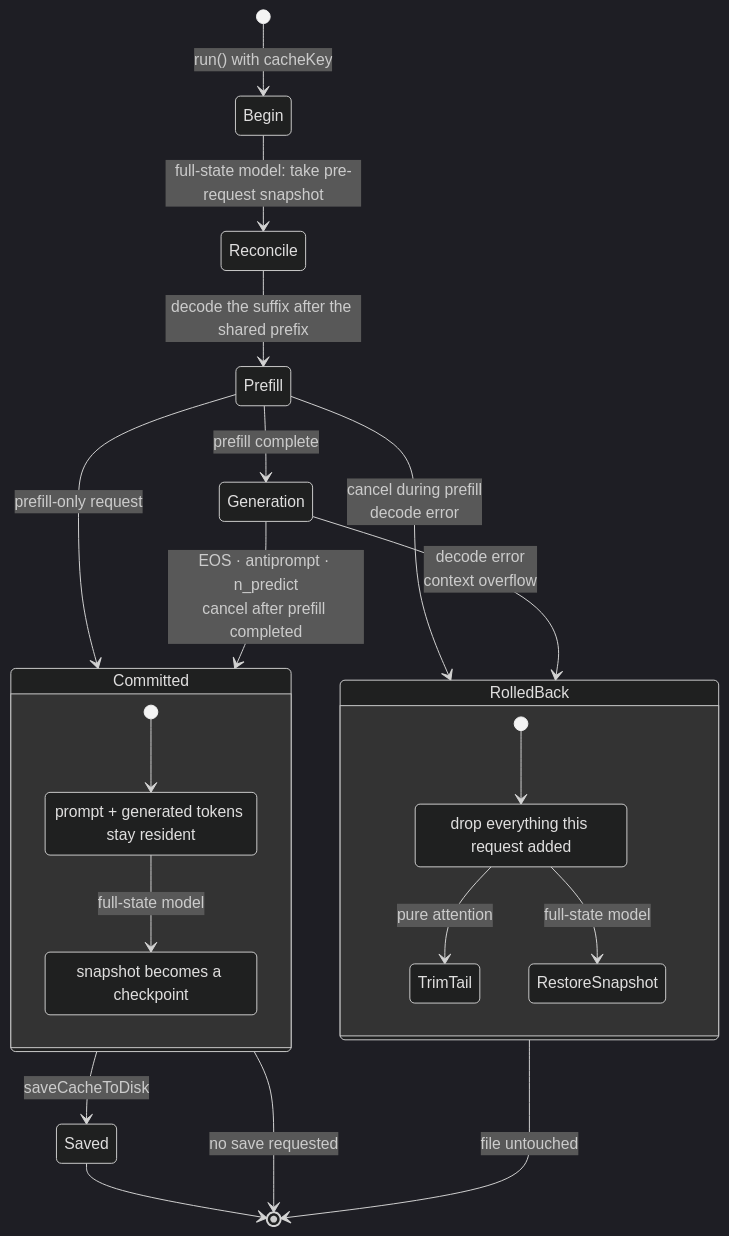
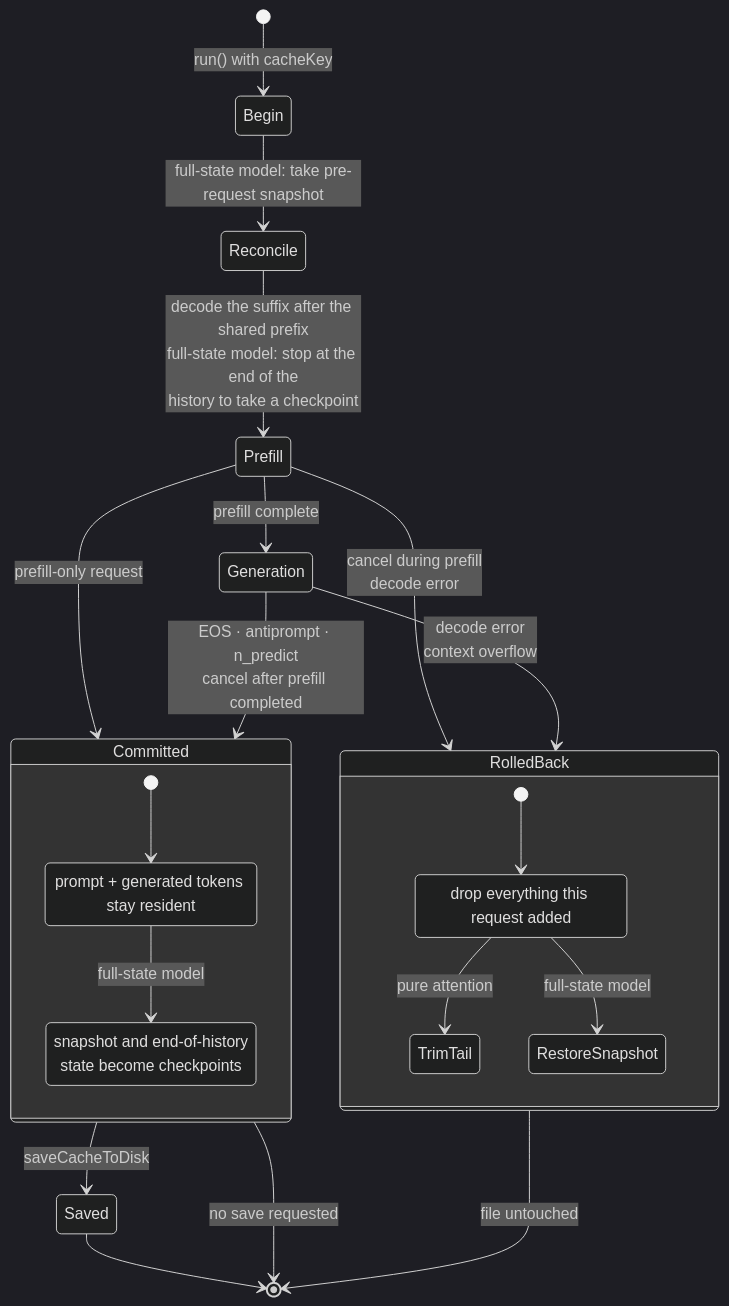
The second of 5 diagrams in packages/llm-llamacpp/docs/cache-lifecycle.md (tetherto/qvac), drawn with Mermaid (dark theme) before and after one commit. The commit also changed other lines of this file and 2 other files, not shown here.

Commit message:
docs(llm-llamacpp): describe end-of-history and partial checkpoints

````diff
--- a/packages/llm-llamacpp/docs/cache-lifecycle.md
+++ b/packages/llm-llamacpp/docs/cache-lifecycle.md
@@ -74,28 +77,28 @@
 ```mermaid
 stateDiagram-v2
     [*] --> Begin: run() with cacheKey
     Begin --> Reconcile: full-state model: take pre-request snapshot
-    Reconcile --> Prefill: decode the suffix after the shared prefix
+    Reconcile --> Prefill: decode the suffix after the shared prefix<br/>full-state model: stop at the end of the<br/>history to take a checkpoint
     Prefill --> Committed: prefill-only request
     Prefill --> Generation: prefill complete
     Prefill --> RolledBack: cancel during prefill<br/>decode error
     Generation --> Committed: EOS · antiprompt · n_predict<br/>cancel after prefill completed
     Generation --> RolledBack: decode error<br/>context overflow
     Committed --> Saved: saveCacheToDisk
     Committed --> [*]: no save requested
     Saved --> [*]
     RolledBack --> [*]: file untouched
 
     state Committed {
         [*] --> KeepTokens
         KeepTokens: prompt + generated tokens stay resident
         KeepTokens --> PushCheckpoint: full-state model
-        PushCheckpoint: snapshot becomes a checkpoint
+        PushCheckpoint: snapshot and end-of-history<br/>state become checkpoints
     }
     state RolledBack {
         [*] --> Drop
         Drop: drop everything this request added
         Drop --> TrimTail: pure attention
         Drop --> RestoreSnapshot: full-state model
     }
 ```
````
